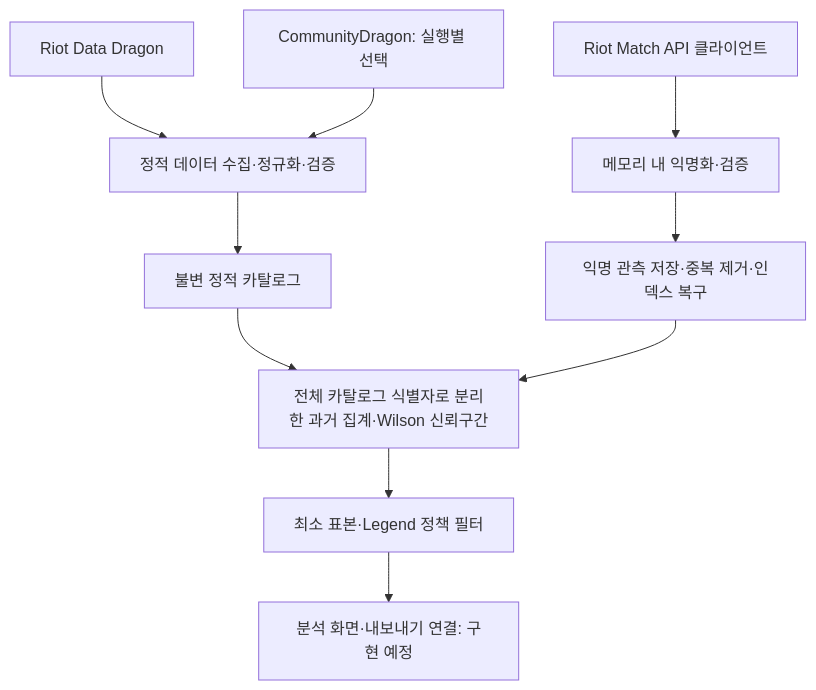
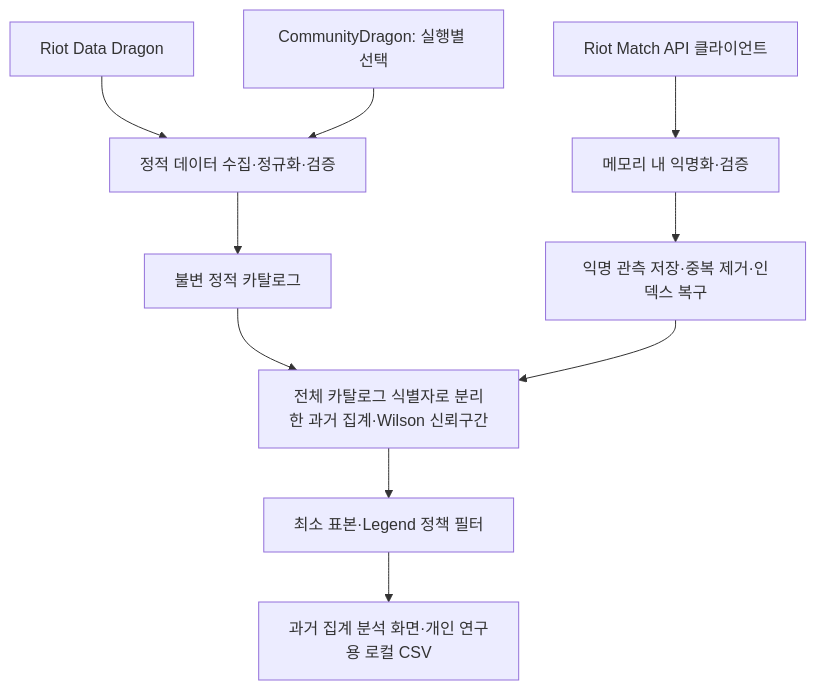
The diagram in README.md (Ghyeok/TFTDataAnalyzer), drawn with Mermaid before and after one commit. The commit also changed other lines of this file and 60 other files, not shown here.

````diff
--- a/README.md
+++ b/README.md
@@ -55,12 +55,12 @@
 ```mermaid
 flowchart TD
     A[Riot Data Dragon] --> C[정적 데이터 수집·정규화·검증]
     B[CommunityDragon: 실행별 선택] --> C
     C --> D[불변 정적 카탈로그]
     E[Riot Match API 클라이언트] --> F[메모리 내 익명화·검증]
     F --> G[익명 관측 저장·중복 제거·인덱스 복구]
     D --> H[전체 카탈로그 식별자로 분리한 과거 집계·Wilson 신뢰구간]
     G --> H
     H --> I[최소 표본·Legend 정책 필터]
-    I --> J[분석 화면·내보내기 연결: 구현 예정]
+    I --> J[과거 집계 분석 화면·개인 연구용 로컬 CSV]
 ```
````
